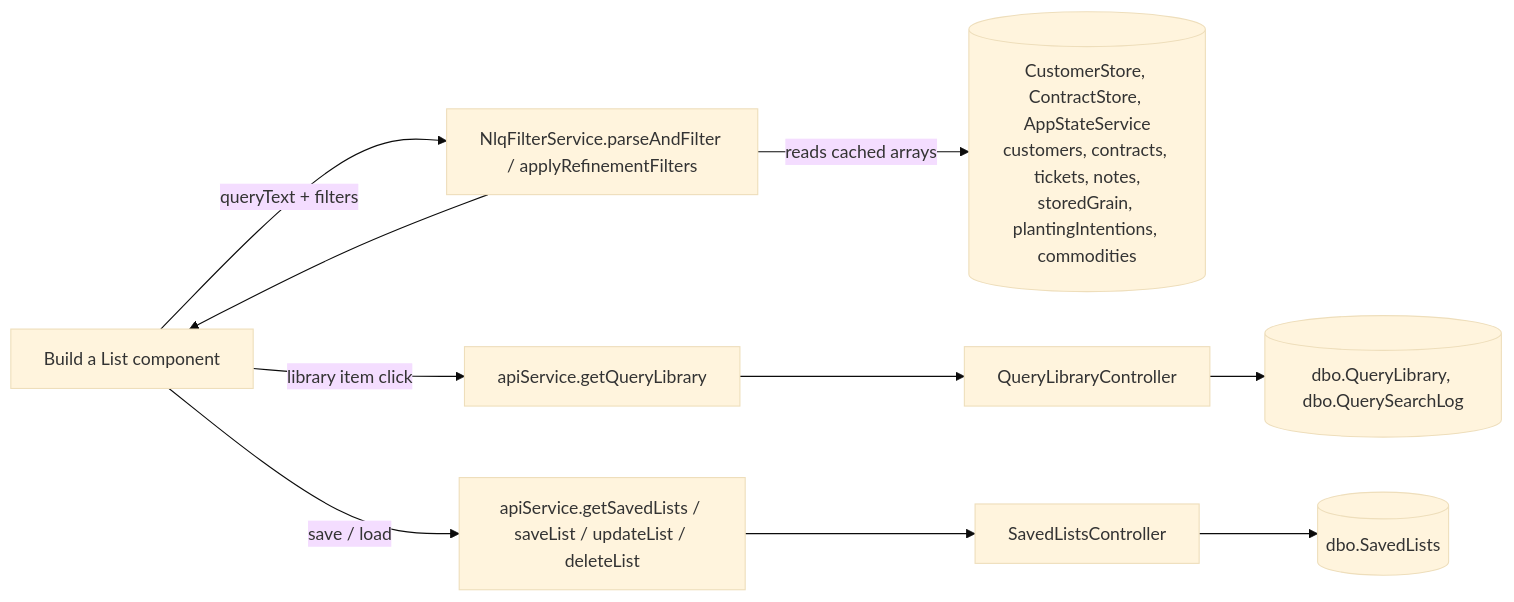
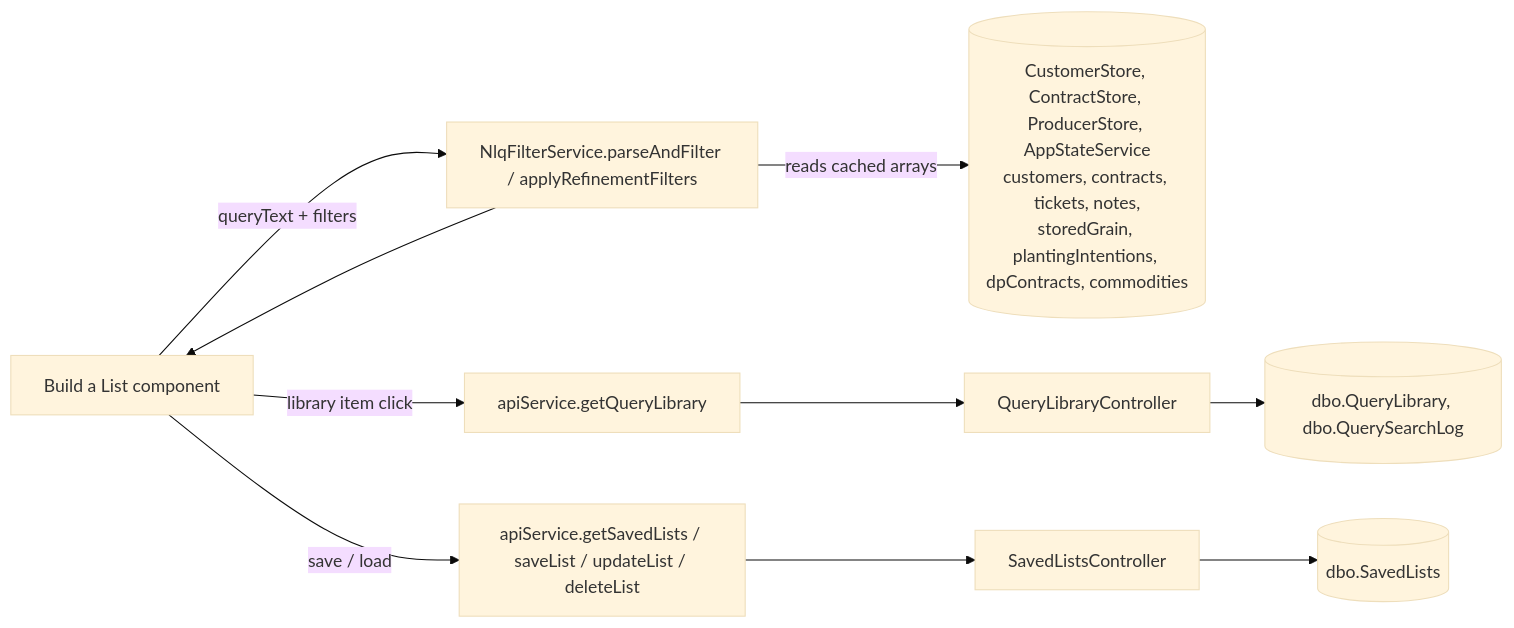
Before and after one commit to GrosseLimace/origination: the diagram in docs/application-context/Build a List.md, drawn with Mermaid (base theme). The commit also changed other lines of this file and 59 other files, not shown here.

First line of the commit message:
refactor(client): move planting, stored grain and DP into the Producers module

````diff
--- a/docs/application-context/Build a List.md
+++ b/docs/application-context/Build a List.md
@@ -35,18 +35,18 @@
 ```mermaid
 flowchart LR
     UI[Build a List component]
     NLQ[NlqFilterService.parseAndFilter / applyRefinementFilters]
-    State[(CustomerStore, ContractStore, AppStateService<br/>customers, contracts, tickets, notes,<br/>storedGrain, plantingIntentions, commodities)]
+    State[(CustomerStore, ContractStore, ProducerStore, AppStateService<br/>customers, contracts, tickets, notes,<br/>storedGrain, plantingIntentions, dpContracts, commodities)]
     Lib[apiService.getQueryLibrary]
     Saved[apiService.getSavedLists / saveList / updateList / deleteList]
 
     UI -- "queryText + filters" --> NLQ
     NLQ -- "reads cached arrays" --> State
     NLQ --> UI
     UI -- "library item click" --> Lib
     UI -- "save / load" --> Saved
     Lib --> QLC[QueryLibraryController]
     Saved --> SLC[SavedListsController]
     QLC --> DB[(dbo.QueryLibrary, dbo.QuerySearchLog)]
     SLC --> DB2[(dbo.SavedLists)]
 ```
````
